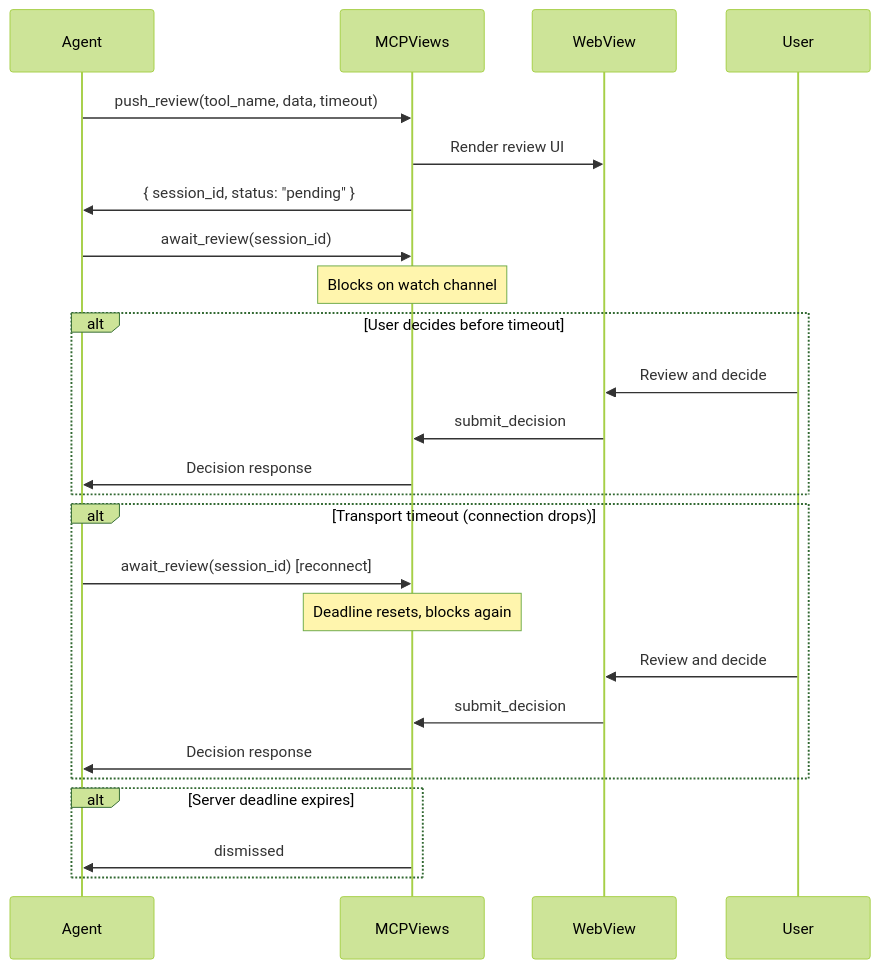
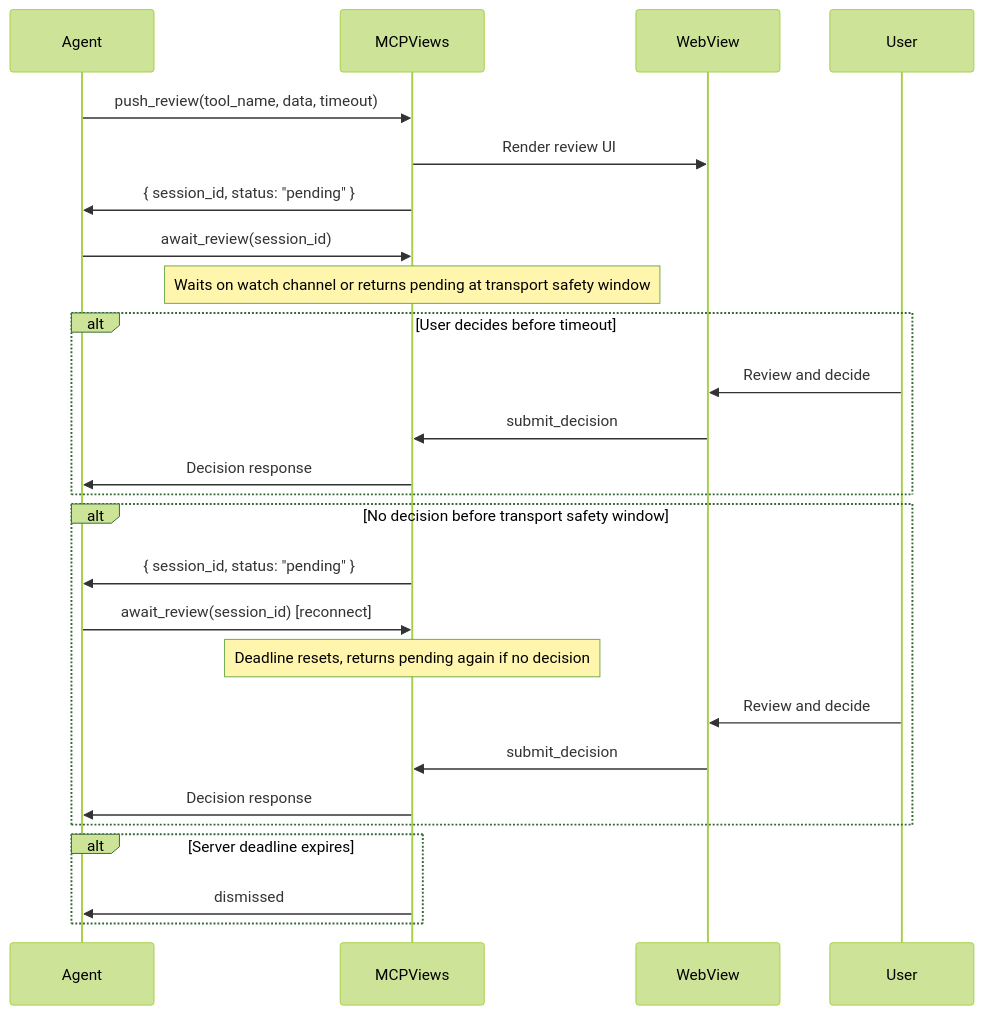
Before and after one commit to DeeJanuz/mcp-mux: the first of 2 diagrams in docs/api-reference.md, drawn with Mermaid (forest theme). The commit also changed other lines of this file and 14 other files, not shown here.

Commit message:
Update MCPViews universal graph discovery and docs

````diff
--- a/docs/api-reference.md
+++ b/docs/api-reference.md
@@ -571,31 +571,32 @@
 ```mermaid
 sequenceDiagram
     participant Agent as Agent
     participant MV as MCPViews
     participant WebView as WebView
     participant User as User
 
     Agent->>MV: push_review(tool_name, data, timeout)
     MV->>WebView: Render review UI
     MV->>Agent: { session_id, status: "pending" }
     Agent->>MV: await_review(session_id)
-    Note over MV: Blocks on watch channel
+    Note over MV: Waits on watch channel or returns pending at transport safety window
 
     alt User decides before timeout
         User->>WebView: Review and decide
         WebView->>MV: submit_decision
         MV->>Agent: Decision response
     end
 
-    alt Transport timeout (connection drops)
+    alt No decision before transport safety window
+        MV->>Agent: { session_id, status: "pending" }
         Agent->>MV: await_review(session_id) [reconnect]
-        Note over MV: Deadline resets, blocks again
+        Note over MV: Deadline resets, returns pending again if no decision
         User->>WebView: Review and decide
         WebView->>MV: submit_decision
         MV->>Agent: Decision response
     end
 
     alt Server deadline expires
         MV->>Agent: dismissed
     end
 ```
````
